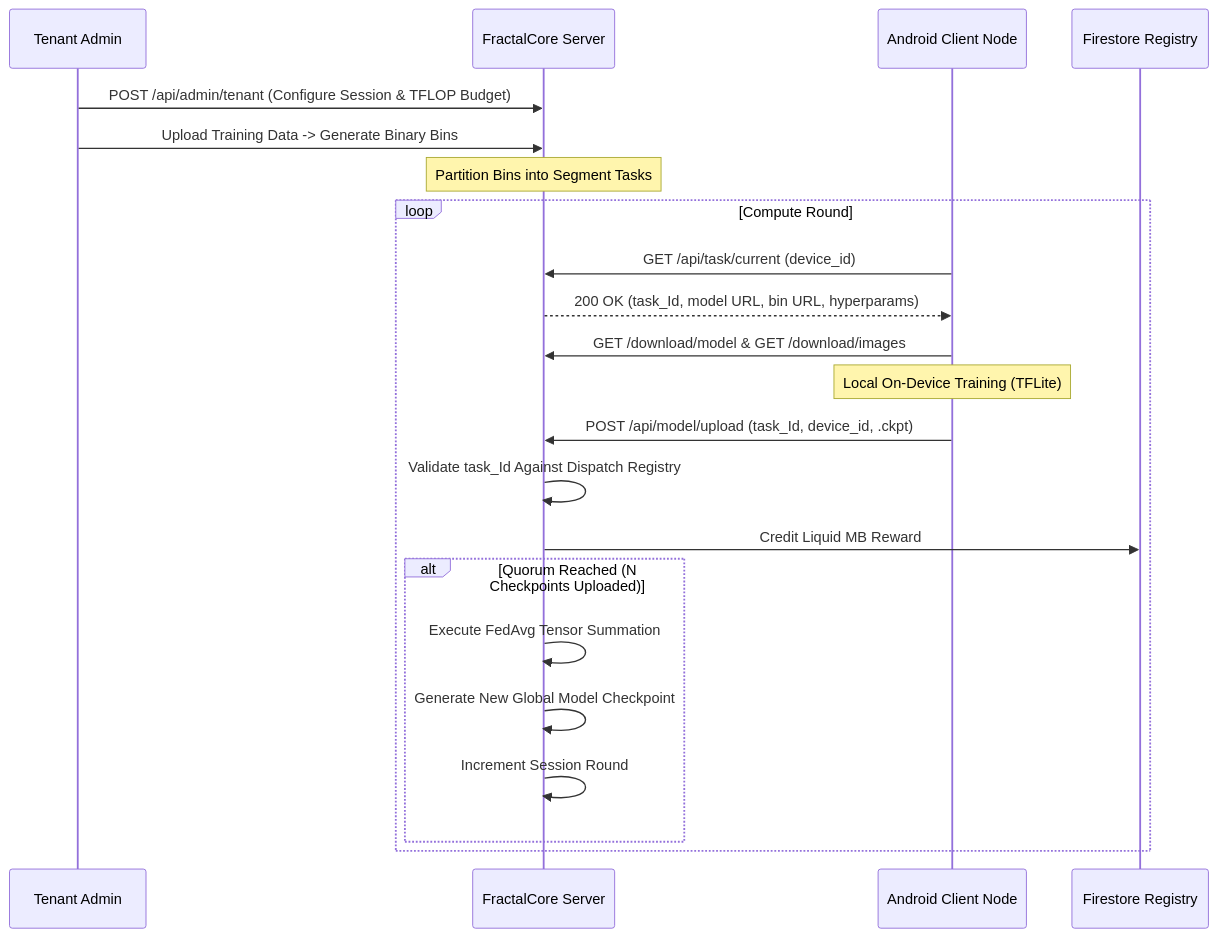
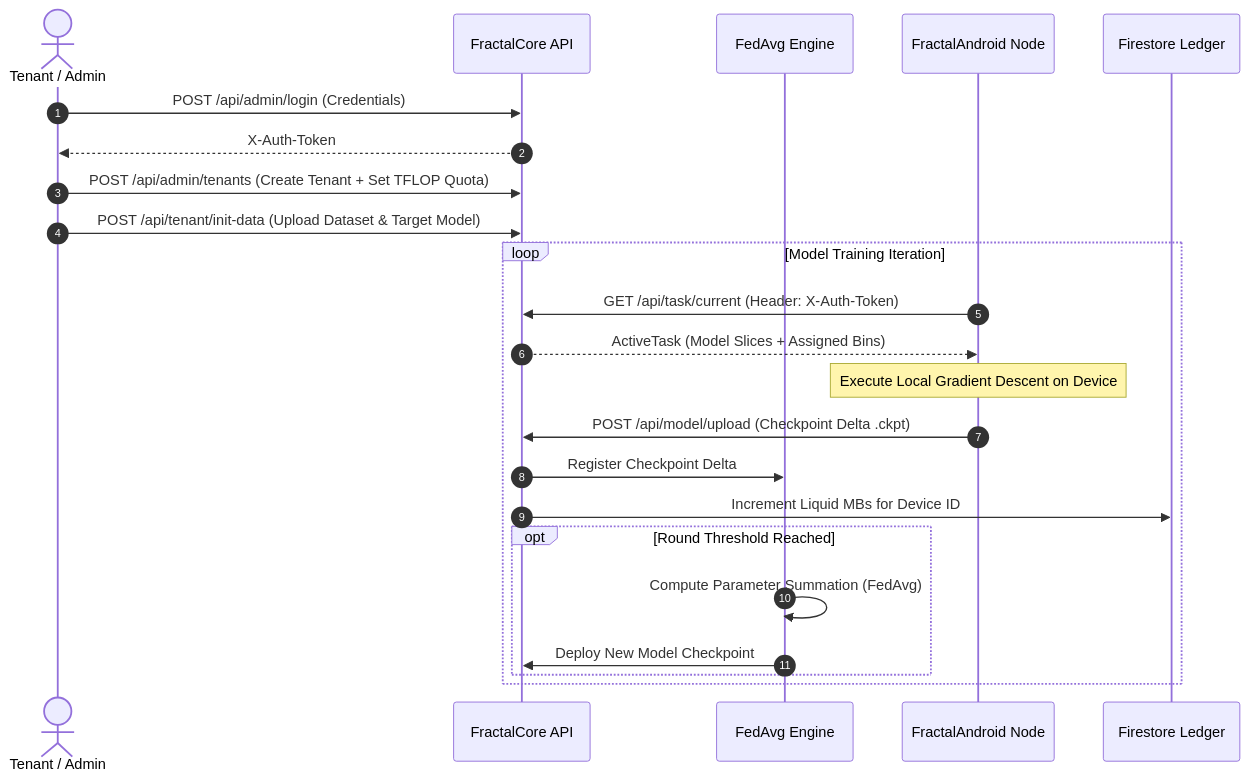
The second of 2 diagrams in README.md (Fractal-Compute-Orchestrations/FractalCore), drawn with Mermaid before and after one commit. The commit also changed other lines of this file and 6 other files, not shown here.

````diff
--- a/README.md
+++ b/README.md
@@ -132,26 +282,27 @@
 ```mermaid
 sequenceDiagram
-    participant Admin as Tenant Admin
-    participant Core as FractalCore Server
-    participant Node as Android Client Node
-    participant Firestore as Firestore Registry
+    autonumber
+    actor Admin as Tenant / Admin
+    participant Server as FractalCore API
+    participant Aggregator as FedAvg Engine
+    participant Android as FractalAndroid Node
+    participant Firestore as Firestore Ledger
 
-    Admin->>Core: POST /api/admin/tenant (Configure Session & TFLOP Budget)
-    Admin->>Core: Upload Training Data -> Generate Binary Bins
-    Note over Core: Partition Bins into Segment Tasks
+    Admin->>Server: POST /api/admin/login (Credentials)
+    Server-->>Admin: X-Auth-Token
+    Admin->>Server: POST /api/admin/tenants (Create Tenant + Set TFLOP Quota)
+    Admin->>Server: POST /api/tenant/init-data (Upload Dataset & Target Model)
 
-    loop Compute Round
-        Node->>Core: GET /api/task/current (device_id)
-        Core-->>Node: 200 OK (task_Id, model URL, bin URL, hyperparams)
-        Node->>Core: GET /download/model & GET /download/images
-        Note over Node: Local On-Device Training (TFLite)
-        Node->>Core: POST /api/model/upload (task_Id, device_id, .ckpt)
-        Core->>Core: Validate task_Id Against Dispatch Registry
-        Core->>Firestore: Credit Liquid MB Reward
-        alt Quorum Reached (N Checkpoints Uploaded)
-            Core->>Core: Execute FedAvg Tensor Summation
-            Core->>Core: Generate New Global Model Checkpoint
-            Core->>Core: Increment Session Round
+    loop Model Training Iteration
+        Android->>Server: GET /api/task/current (Header: X-Auth-Token)
+        Server-->>Android: ActiveTask (Model Slices + Assigned Bins)
+        Note over Android: Execute Local Gradient Descent on Device
+        Android->>Server: POST /api/model/upload (Checkpoint Delta .ckpt)
+        Server->>Aggregator: Register Checkpoint Delta
+        Server->>Firestore: Increment Liquid MBs for Device ID
+        opt Round Threshold Reached
+            Aggregator->>Aggregator: Compute Parameter Summation (FedAvg)
+            Aggregator->>Server: Deploy New Model Checkpoint
         end
     end
 ```
````
